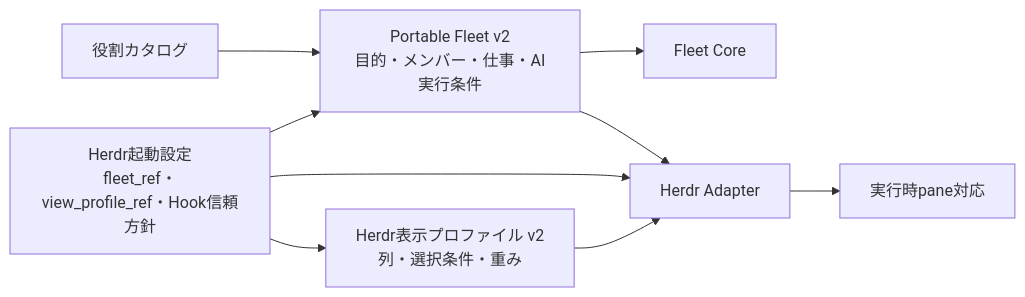
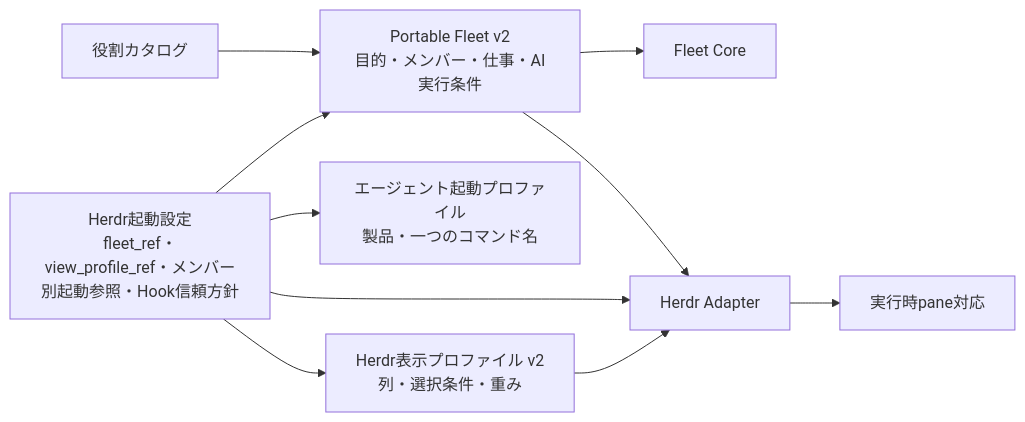
One commit to nakamori-naoya/agent-fleet-plugins changed the tenth of 13 diagrams in docs/2026-08-31-エージェント艦隊-連携と全体制御.md. Above: the diagram before and after it, drawn with Mermaid. The commit also changed other lines of this file and 31 other files, not shown here.

````diff
--- a/docs/2026-08-31-エージェント艦隊-連携と全体制御.md
+++ b/docs/2026-08-31-エージェント艦隊-連携と全体制御.md
@@ -531,11 +531,12 @@
 ```mermaid
 flowchart LR
     R["役割カタログ"] --> F["Portable Fleet v2<br/>目的・メンバー・仕事・AI実行条件"]
-    L["Herdr起動設定<br/>fleet_ref・view_profile_ref・Hook信頼方針"] --> F
+    L["Herdr起動設定<br/>fleet_ref・view_profile_ref・メンバー別起動参照・Hook信頼方針"] --> F
+    L --> Q["エージェント起動プロファイル<br/>製品・一つのコマンド名"]
     L --> V["Herdr表示プロファイル v2<br/>列・選択条件・重み"]
     F --> C["Fleet Core"]
     F --> A["Herdr Adapter"]
     L --> A
     V --> A
     A --> P["実行時pane対応"]
 ```
````
